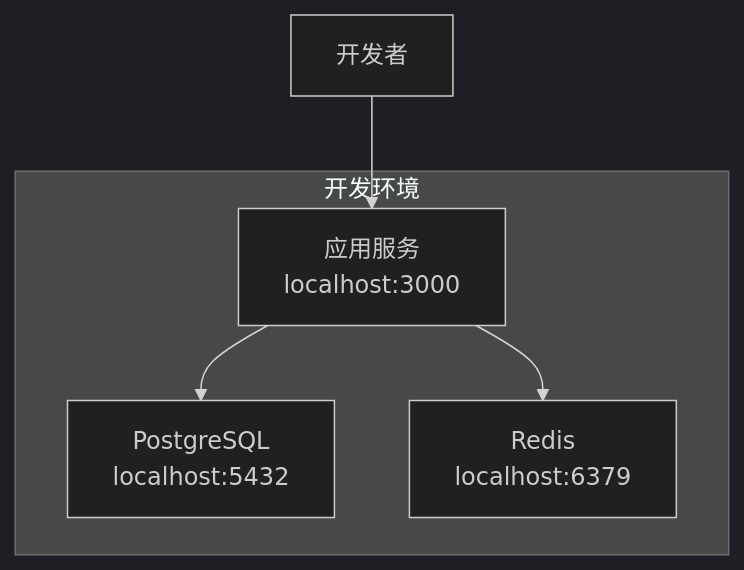
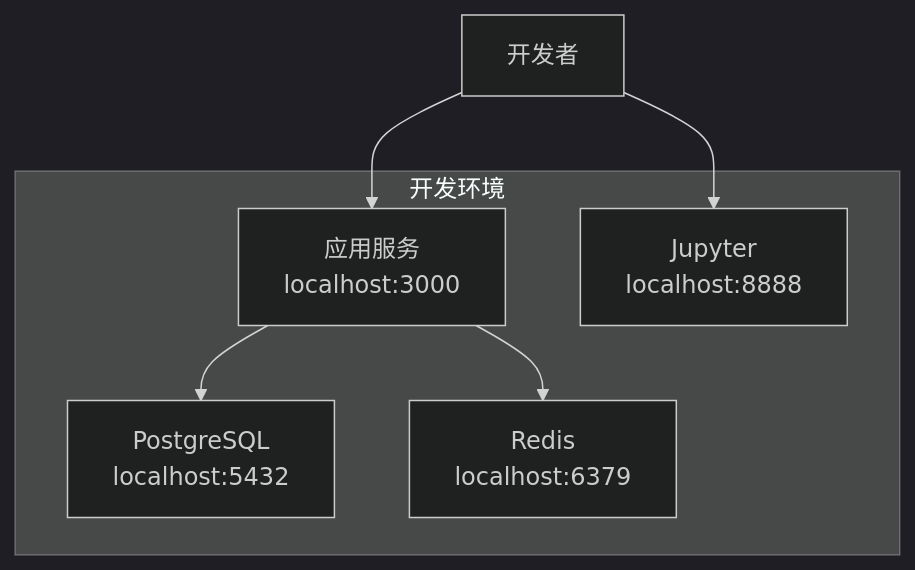
The seventh of 9 diagrams in docs/Refactor/ARCHITECTURE.md (AdaMartin18010/FormalScience), drawn with Mermaid (dark theme) before and after one commit. The commit also changed other lines of this file and 140 other files, not shown here.

````diff
--- a/docs/Refactor/ARCHITECTURE.md
+++ b/docs/Refactor/ARCHITECTURE.md
@@ -224,12 +345,14 @@
 ```mermaid
 flowchart TB
     subgraph Dev["开发环境"]
         DevApp["应用服务<br/>localhost:3000"]
         DevDB["PostgreSQL<br/>localhost:5432"]
         DevRedis["Redis<br/>localhost:6379"]
+        DevJupyter["Jupyter<br/>localhost:8888"]
     end
 
     Developer["开发者"] --> DevApp
+    Developer --> DevJupyter
     DevApp --> DevDB
     DevApp --> DevRedis
 ```
````
